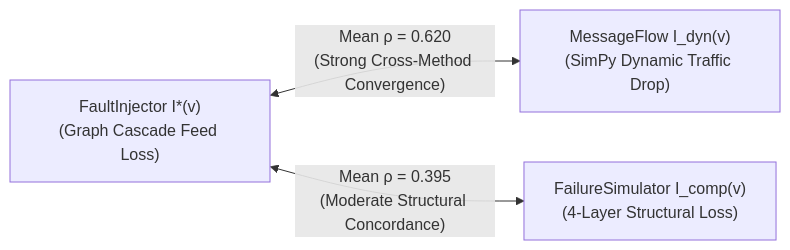
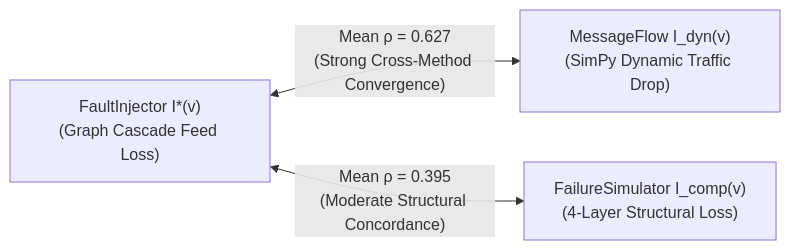
One commit to onuralpyigit/software-as-a-graph changed the third of 4 diagrams in docs/validation.md. Above: the diagram before and after it, drawn with Mermaid. The commit also changed other lines of this file and 15 other files, not shown here.

````diff
--- a/docs/validation.md
+++ b/docs/validation.md
@@ -287,5 +287,5 @@
 ```mermaid
 flowchart LR
-    I_Star["FaultInjector I*(v)<br>(Graph Cascade Feed Loss)"] <-->|"Mean ρ = 0.620<br>(Strong Cross-Method Convergence)"| I_Dyn["MessageFlow I_dyn(v)<br>(SimPy Dynamic Traffic Drop)"]
+    I_Star["FaultInjector I*(v)<br>(Graph Cascade Feed Loss)"] <-->|"Mean ρ = 0.627<br>(Strong Cross-Method Convergence)"| I_Dyn["MessageFlow I_dyn(v)<br>(SimPy Dynamic Traffic Drop)"]
     I_Star <-->|"Mean ρ = 0.395<br>(Moderate Structural Concordance)"| I_Comp["FailureSimulator I_comp(v)<br>(4-Layer Structural Loss)"]
 ```
````
